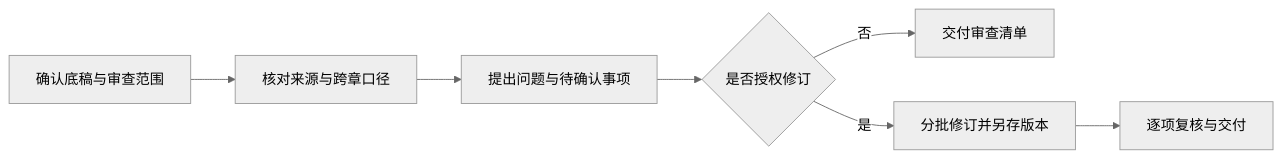
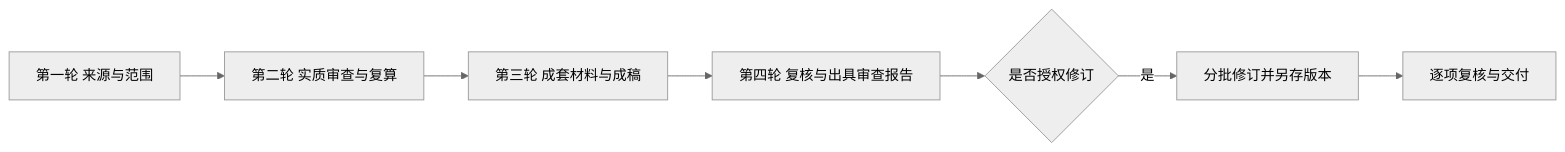
One commit to isunky/sk-report-review changed the diagram in README.md. Above: the diagram before and after it, drawn with Mermaid (neutral theme). The commit also changed other lines of this file and 2 other files, not shown here.

Commit message:
Add staged review workflow and report template

````diff
--- a/README.md
+++ b/README.md
@@ -56,9 +56,9 @@
 ```mermaid
 flowchart LR
-    A["确认底稿与审查范围"] --> B["核对来源与跨章口径"]
-    B --> C["提出问题与待确认事项"]
-    C --> D{"是否授权修订"}
-    D -->|否| E["交付审查清单"]
+    A["第一轮 来源与范围"] --> B["第二轮 实质审查与复算"]
+    B --> C["第三轮 成套材料与成稿"]
+    C --> E["第四轮 复核与出具审查报告"]
+    E --> D{"是否授权修订"}
     D -->|是| F["分批修订并另存版本"]
     F --> G["逐项复核与交付"]
 ```
````
